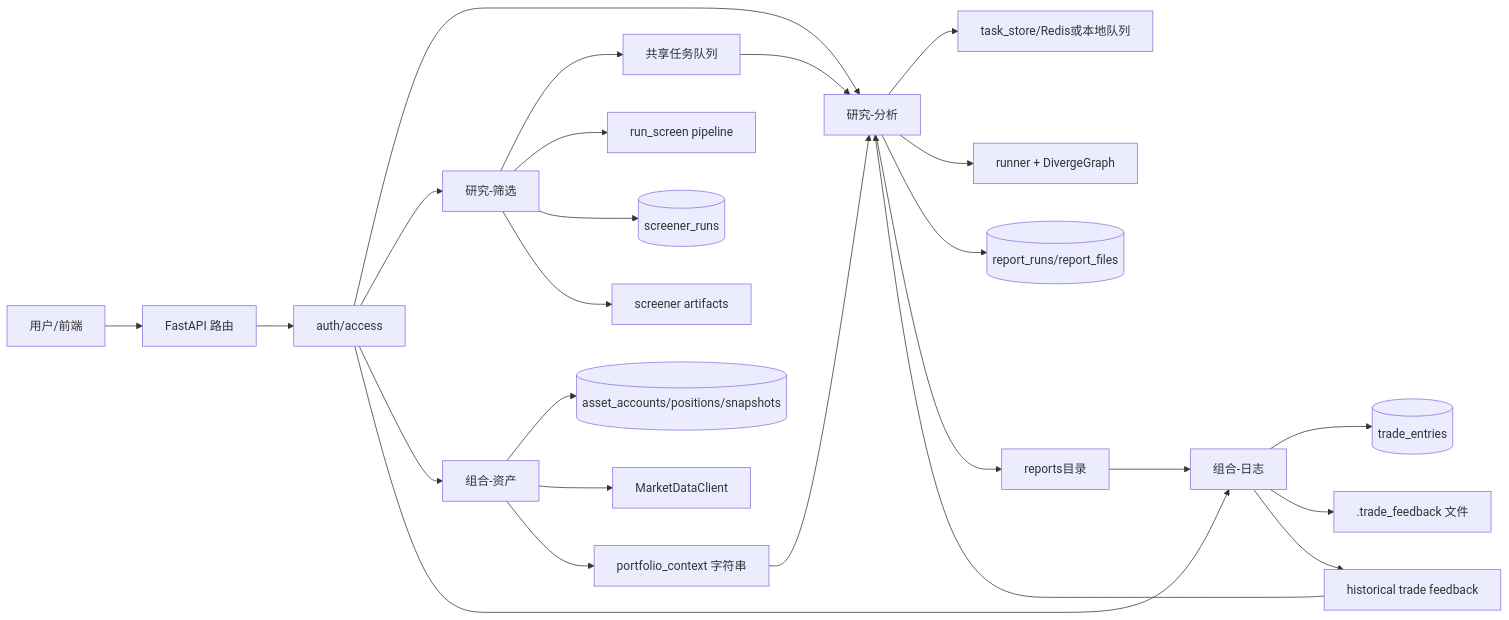
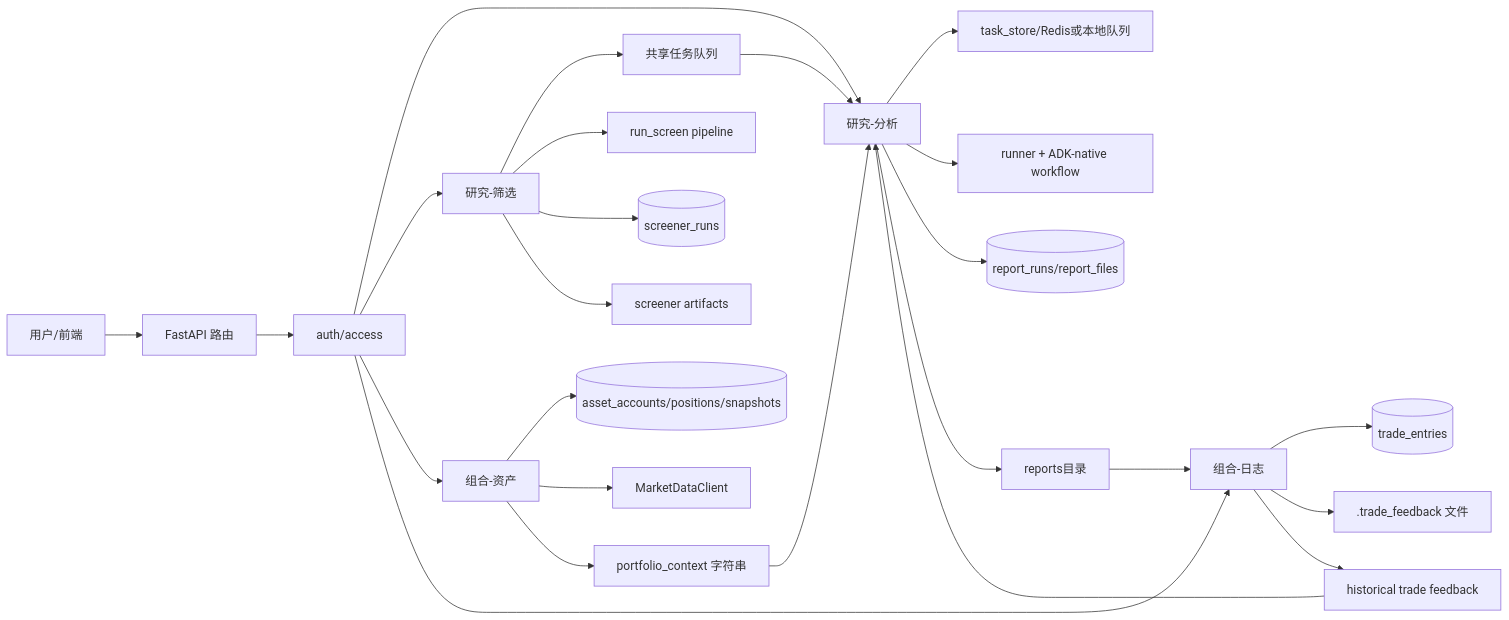
One commit to romn77/diverge changed the diagram in docs/deep-research-report.md. Above: the diagram before and after it, drawn with Mermaid. The commit also changed other lines of this file and 62 other files, not shown here.

First line of the commit message:
refactor: migrate analysis runtime to ADK native

````diff
--- a/docs/deep-research-report.md
+++ b/docs/deep-research-report.md
@@ -46,32 +46,32 @@
 ```mermaid
 flowchart LR
     U[用户/前端] --> R[FastAPI 路由]
     R --> A[auth/access]
     A --> ANA[研究-分析]
     A --> SCR[研究-筛选]
     A --> AST[组合-资产]
     A --> JNL[组合-日志]
 
     ANA --> Q[task_store/Redis或本地队列]
-    ANA --> RUN[runner + DivergeGraph]
+    ANA --> RUN[runner + ADK-native workflow]
     ANA --> RM[(report_runs/report_files)]
     ANA --> REP[reports目录]
 
     SCR --> SQ[共享任务队列]
     SCR --> PIPE[run_screen pipeline]
     SCR --> SR[(screener_runs)]
     SCR --> SA[screener artifacts]
 
     AST --> AP[(asset_accounts/positions/snapshots)]
     AST --> MDC[MarketDataClient]
     AST --> PC[portfolio_context 字符串]
 
     JNL --> TE[(trade_entries)]
     JNL --> TF[.trade_feedback 文件]
     JNL --> HF[historical trade feedback]
 
     PC --> ANA
     HF --> ANA
     REP --> JNL
     SQ --> ANA
 ```
````
